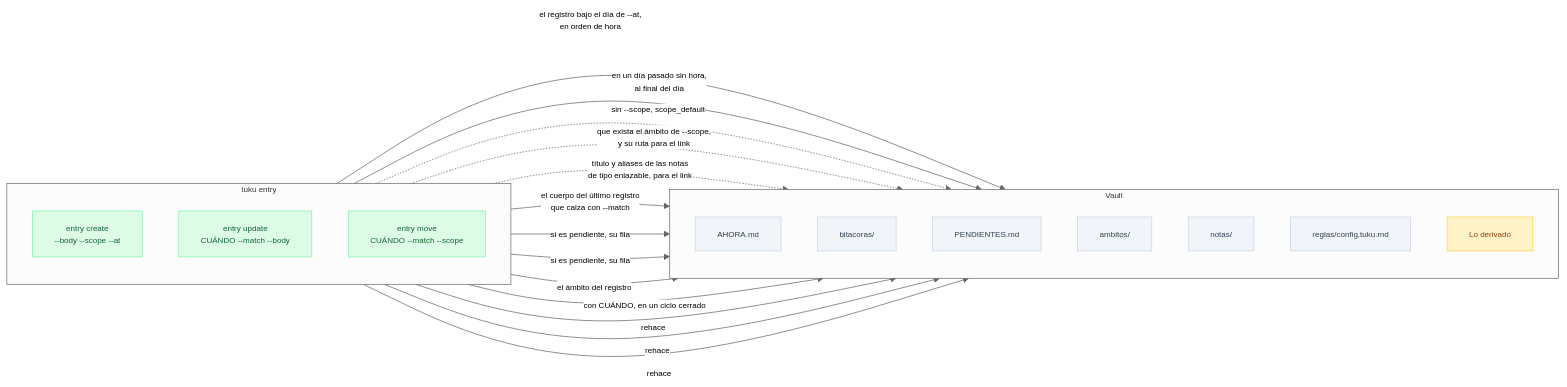
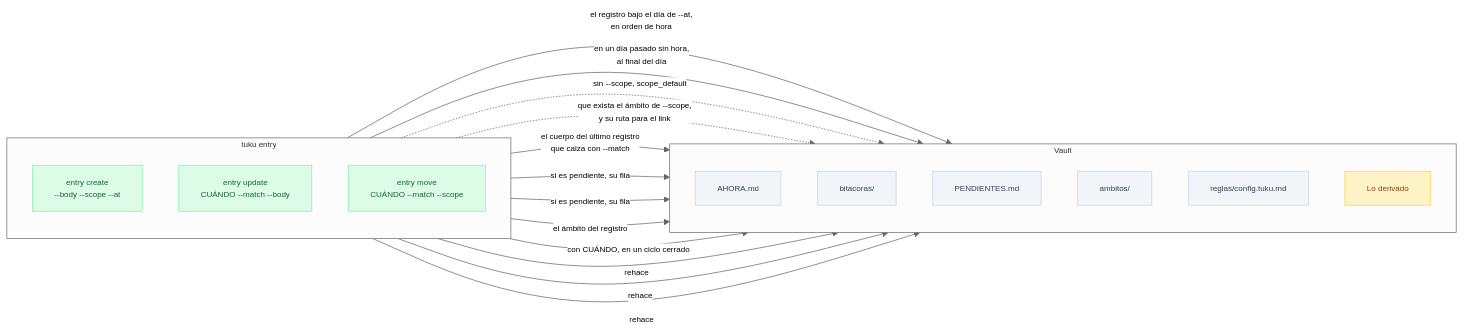
One commit to pewma-ai/tuku changed the third of 8 diagrams in spec/tuku.md. Above: the diagram before and after it, drawn with Mermaid. The commit also changed other lines of this file and 20 other files, not shown here.

First line of the commit message:
feat(context): las notas enlazables las enlaza el agente con context note, no los comandos

````diff
--- a/spec/tuku.md
+++ b/spec/tuku.md
@@ -108,38 +108,36 @@
 ```mermaid
 %%{init: {'flowchart': {'useMaxWidth': true}, 'theme': 'neutral', 'themeVariables': {'fontSize': '11px'}}}%%
 flowchart LR
     subgraph CMD["tuku entry"]
         direction TB
         EC["entry create<br/>--body --scope --at"]
         EU["entry update<br/>CUÁNDO --match --body"]
         EM["entry move<br/>CUÁNDO --match --scope"]
     end
     subgraph VAULT["Vault"]
         direction TB
         AH["AHORA.md"]
         BI["bitacoras/"]
         PE["PENDIENTES.md"]
         AM["ambitos/"]
-        NO["notas/"]
         CF["reglas/config.tuku.md"]
         DER["Lo derivado"]
     end
 
     EC -->|"el registro bajo el día de --at,<br/>en orden de hora"| AH
     EC -->|"en un día pasado sin hora,<br/>al final del día"| AH
     EC -.->|"sin --scope, scope_default"| CF
     EC -.->|"que exista el ámbito de --scope,<br/>y su ruta para el link"| AM
-    EC -.->|"título y aliases de las notas<br/>de tipo enlazable, para el link"| NO
     EU -->|"el cuerpo del último registro<br/>que calza con --match"| AH
     EU & EM -->|"si es pendiente, su fila"| PE
     EM -->|"el ámbito del registro"| AH
     EM -->|"con CUÁNDO, en un ciclo cerrado"| BI
     EC & EU & EM -->|"rehace"| DER
 
     classDef escribe fill:#dcfce7,color:#166534,stroke:#86efac
     classDef archivo fill:#f1f5f9,color:#334155,stroke:#cbd5e1
     classDef derivado fill:#fef3c7,color:#92400e,stroke:#fcd34d
     class EC,EU,EM escribe
-    class AH,BI,PE,AM,NO,CF archivo
+    class AH,BI,PE,AM,CF archivo
     class DER derivado
 ```
````
